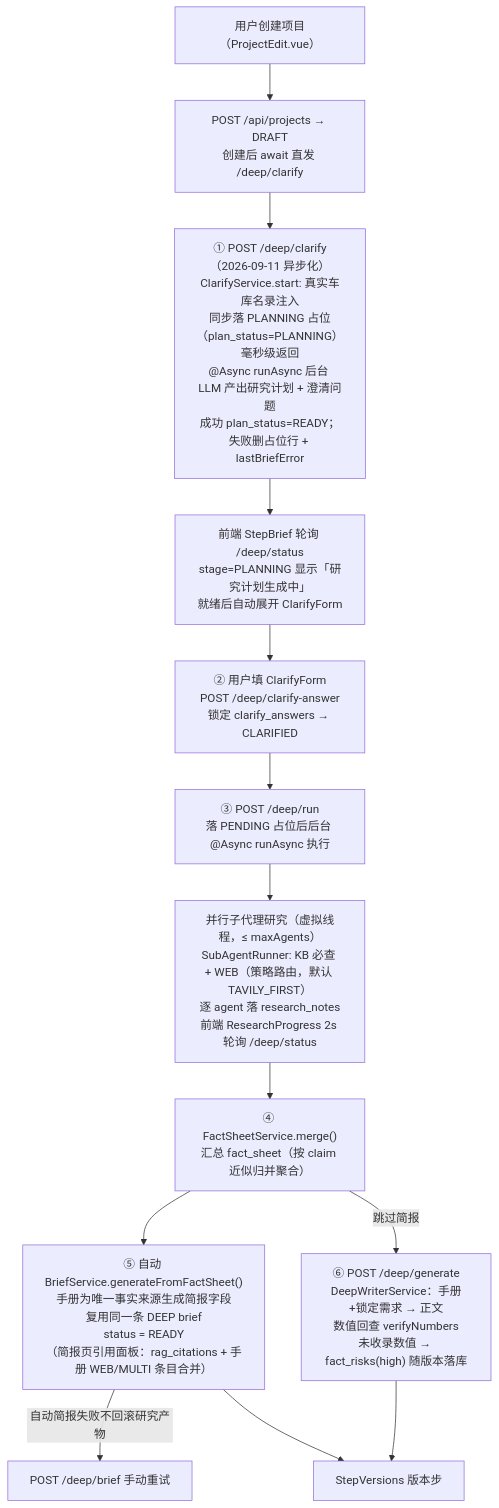
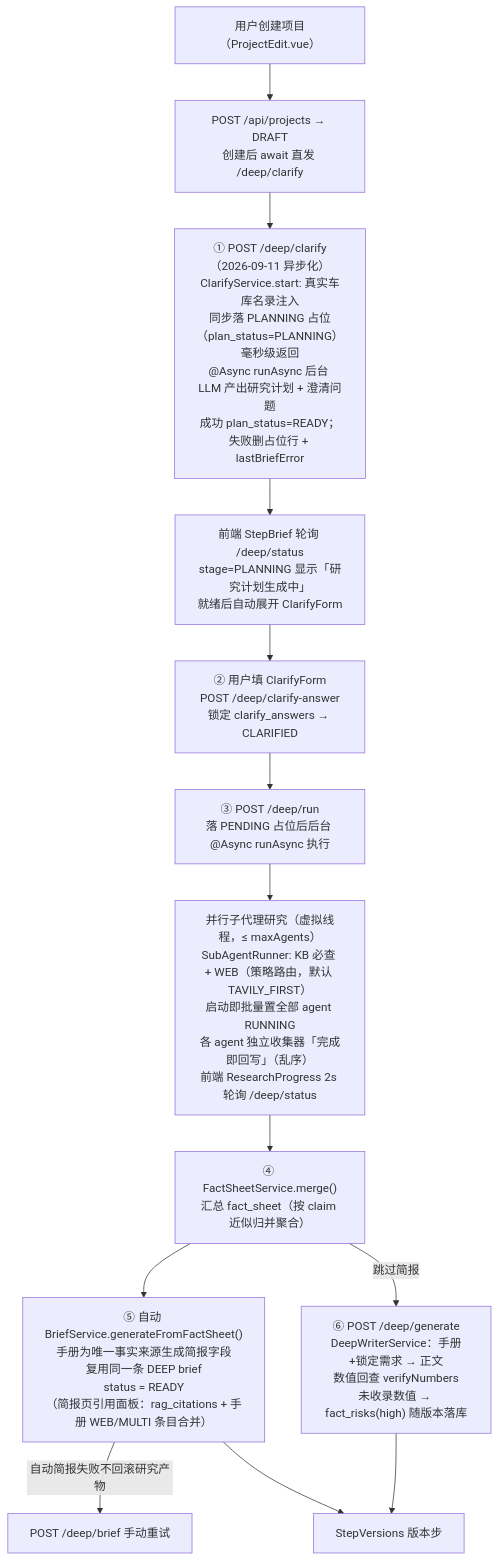
One commit to openshell/sparkora changed the diagram in docs/spec/brief-generation.md. Above: the diagram before and after it, drawn with Mermaid. The commit also changed other lines of this file and 9 other files, not shown here.

````diff
--- a/docs/spec/brief-generation.md
+++ b/docs/spec/brief-generation.md
@@ -16,15 +16,15 @@
 ```mermaid
 graph TD
     U["用户创建项目（ProjectEdit.vue）"] --> C0["POST /api/projects → DRAFT<br/>创建后 await 直发 /deep/clarify"]
     C0 --> D1["① POST /deep/clarify（2026-09-11 异步化）<br/>ClarifyService.start: 真实车库名录注入<br/>同步落 PLANNING 占位（plan_status=PLANNING）毫秒级返回<br/>@Async runAsync 后台 LLM 产出研究计划 + 澄清问题<br/>成功 plan_status=READY；失败删占位行 + lastBriefError"]
     D1 --> D1b["前端 StepBrief 轮询 /deep/status<br/>stage=PLANNING 显示「研究计划生成中」<br/>就绪后自动展开 ClarifyForm"]
     D1b --> D2["② 用户填 ClarifyForm<br/>POST /deep/clarify-answer<br/>锁定 clarify_answers → CLARIFIED"]
     D2 --> D3["③ POST /deep/run<br/>落 PENDING 占位后后台 @Async runAsync 执行"]
-    D3 --> D4["并行子代理研究（虚拟线程，≤ maxAgents）<br/>SubAgentRunner: KB 必查 + WEB（策略路由，默认 TAVILY_FIRST）<br/>逐 agent 落 research_notes<br/>前端 ResearchProgress 2s 轮询 /deep/status"]
+    D3 --> D4["并行子代理研究（虚拟线程，≤ maxAgents）<br/>SubAgentRunner: KB 必查 + WEB（策略路由，默认 TAVILY_FIRST）<br/>启动即批量置全部 agent RUNNING<br/>各 agent 独立收集器「完成即回写」（乱序）<br/>前端 ResearchProgress 2s 轮询 /deep/status"]
     D4 --> D5["④ FactSheetService.merge()<br/>汇总 fact_sheet（按 claim 近似归并聚合）"]
     D5 --> D6["⑤ 自动 BriefService.generateFromFactSheet()<br/>手册为唯一事实来源生成简报字段<br/>复用同一条 DEEP brief<br/>status = READY<br/>（简报页引用面板：rag_citations + 手册 WEB/MULTI 条目合并）"]
     D6 -->|"自动简报失败不回滚研究产物"| D7["POST /deep/brief 手动重试"]
     D5 -->|"跳过简报"| D8["⑥ POST /deep/generate<br/>DeepWriterService：手册+锁定需求 → 正文<br/>数值回查 verifyNumbers<br/>未收录数值 → fact_risks(high) 随版本落库"]
     D6 --> V["StepVersions 版本步"]
     D8 --> V
 ```
````
